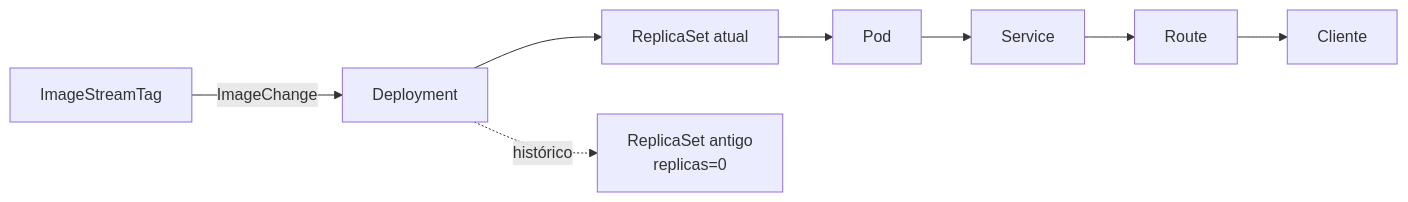
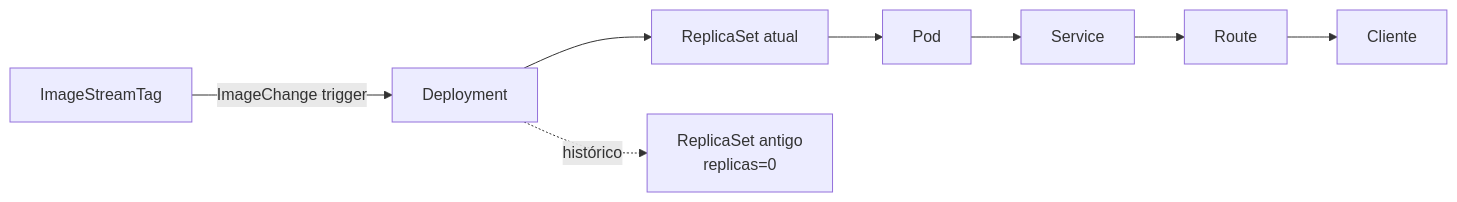
Before and after one commit to fmonticelli/ex288-labs: the seventh of 9 diagrams in mindmap/README.md, drawn with Mermaid. The commit also changed other lines of this file and 1 other file, not shown here.

````diff
--- a/mindmap/README.md
+++ b/mindmap/README.md
@@ -217,10 +332,10 @@
 ```mermaid
 flowchart LR
-    IST[ImageStreamTag] -->|ImageChange| DEP[Deployment]
+    IST[ImageStreamTag] -->|ImageChange trigger| DEP[Deployment]
     DEP --> RS1[ReplicaSet atual]
     DEP -. histórico .-> RS0[ReplicaSet antigo<br/>replicas=0]
     RS1 --> POD[Pod]
     POD --> SVC[Service]
     SVC --> ROUTE[Route]
     ROUTE --> CLIENT[Cliente]
 ```
````
